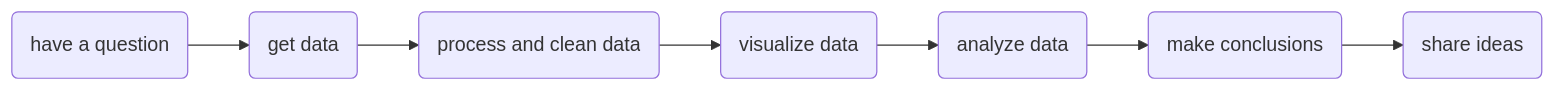
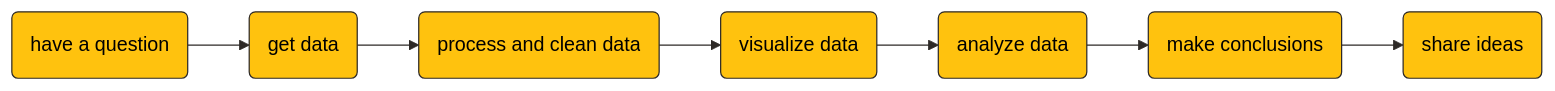
The diagram in quantitative-data-analysis.qmd (agrogan1/globalfamilies), drawn with Mermaid before and after one commit. The commit also changed 15 other files, not shown here.

Commit message:
update mermaid colors to UNICEF colors

````diff
--- a/quantitative-data-analysis.qmd
+++ b/quantitative-data-analysis.qmd
@@ -7,12 +7,27 @@
 ```{mermaid}
 %%| fig-width: 7
+%%{
+  init: {
+    'theme': 'base',
+    'themeVariables': {
+      'primaryColor': '#FFC20E',
+      'primaryTextColor': '#000000',
+      'primaryBorderColor': '#2D2926',
+      'lineColor': '#2D2926',
+      'secondaryColor': '#2D2926',
+      'secondaryTextColor': '#000000',
+      'tertiaryColor': '#F2F2F2',
+      'tertiaryBorderColor': '#2D2926'
+    }
+  }
+}%%
 
 flowchart LR
   A(have a question) --> B(get data)
   B --> C(process and clean data) 
   C --> D(visualize data)
   D --> E(analyze data)
   E --> F(make conclusions)
   F --> G(share ideas)
   
 ```
````
